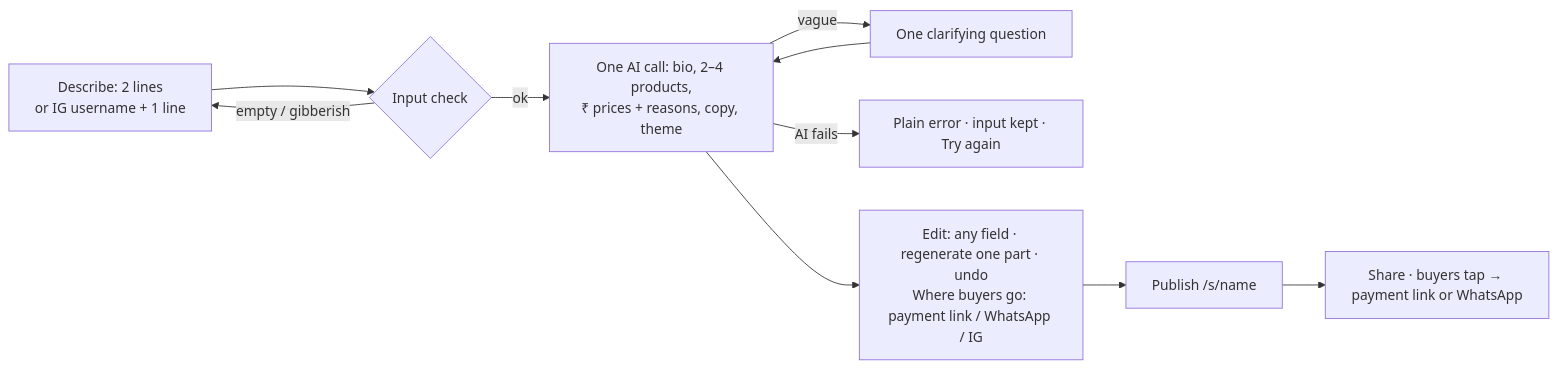
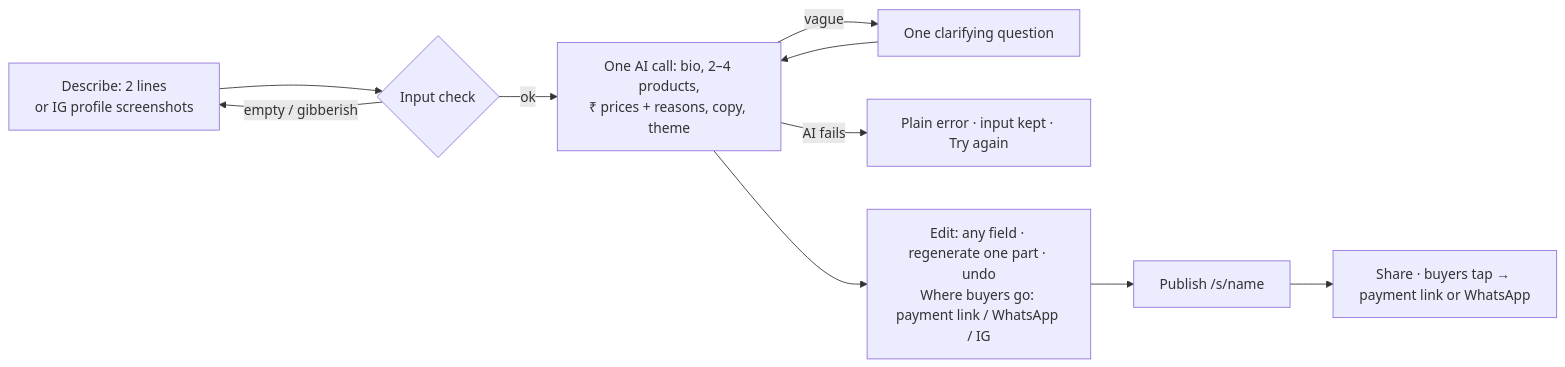
One commit to abhinav-git44/creatorlaunch-ai changed the diagram in DECISION_DOC.md. Above: the diagram before and after it, drawn with Mermaid. The commit also changed other lines of this file and 8 other files, not shown here.

First line of the commit message:
Docs: Instagram screenshot import, eval run 1 results, roadmap (official Instagram login), updated test counts

````diff
--- a/DECISION_DOC.md
+++ b/DECISION_DOC.md
@@ -13,10 +13,10 @@
 ```mermaid
 flowchart LR
-  A[Describe: 2 lines<br/>or IG username + 1 line] --> B{Input check}
+  A[Describe: 2 lines<br/>or IG profile screenshots] --> B{Input check}
   B -- empty / gibberish --> A
   B -- ok --> C[One AI call: bio, 2–4 products,<br/>₹ prices + reasons, copy, theme]
   C -- vague --> Q[One clarifying question] --> C
   C -- AI fails --> R[Plain error · input kept · Try again]
   C --> D[Edit: any field · regenerate one part · undo<br/>Where buyers go: payment link / WhatsApp / IG]
   D --> E[Publish /s/name] --> F[Share · buyers tap → payment link or WhatsApp]
 ```
````
